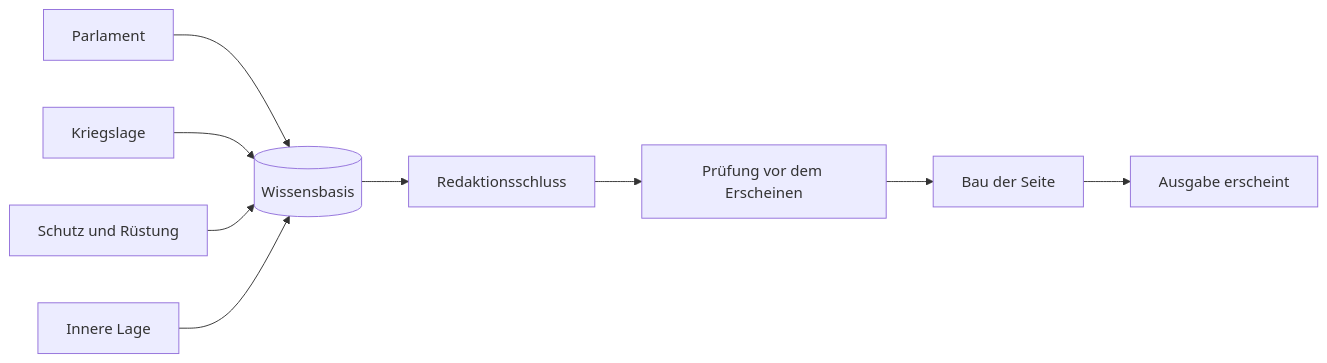
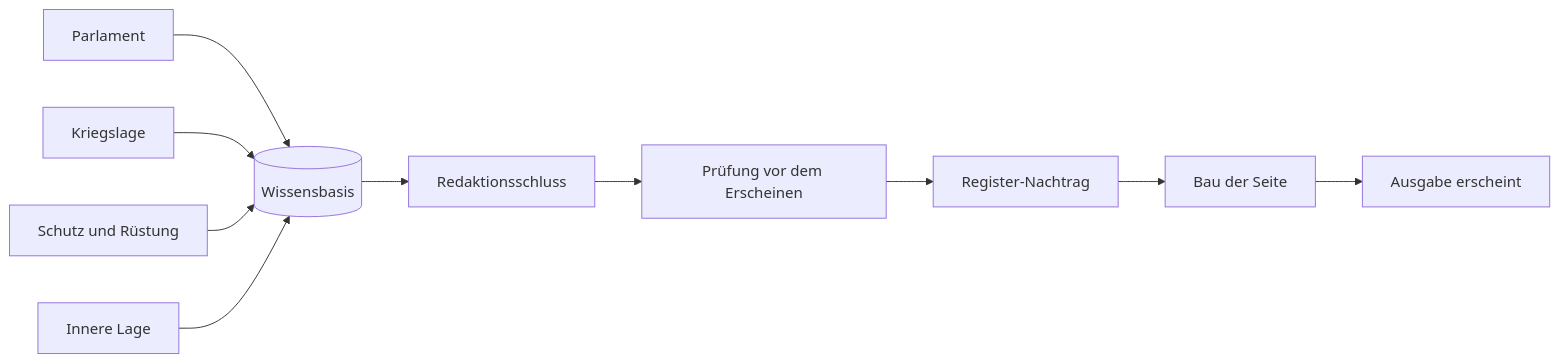
One commit to hnsstrk/hnsstrk.de changed the diagram in content/blog/self-writing-newspaper-part-3/index.md. Above: the diagram before and after it, drawn with Mermaid. The commit also changed other lines of this file and 10 other files, not shown here.

````diff
--- a/content/blog/self-writing-newspaper-part-3/index.md
+++ b/content/blog/self-writing-newspaper-part-3/index.md
@@ -83,11 +83,12 @@
 ```mermaid
 graph LR
     P[Parlament] --> W[(Wissensbasis)]
     K[Kriegslage] --> W
     S[Schutz und Rüstung] --> W
     I[Innere Lage] --> W
     W --> R[Redaktionsschluss]
     R --> G[Prüfung vor dem Erscheinen]
-    G --> B[Bau der Seite]
+    G --> N[Register-Nachtrag]
+    N --> B[Bau der Seite]
     B --> A[Ausgabe erscheint]
 ```
````
